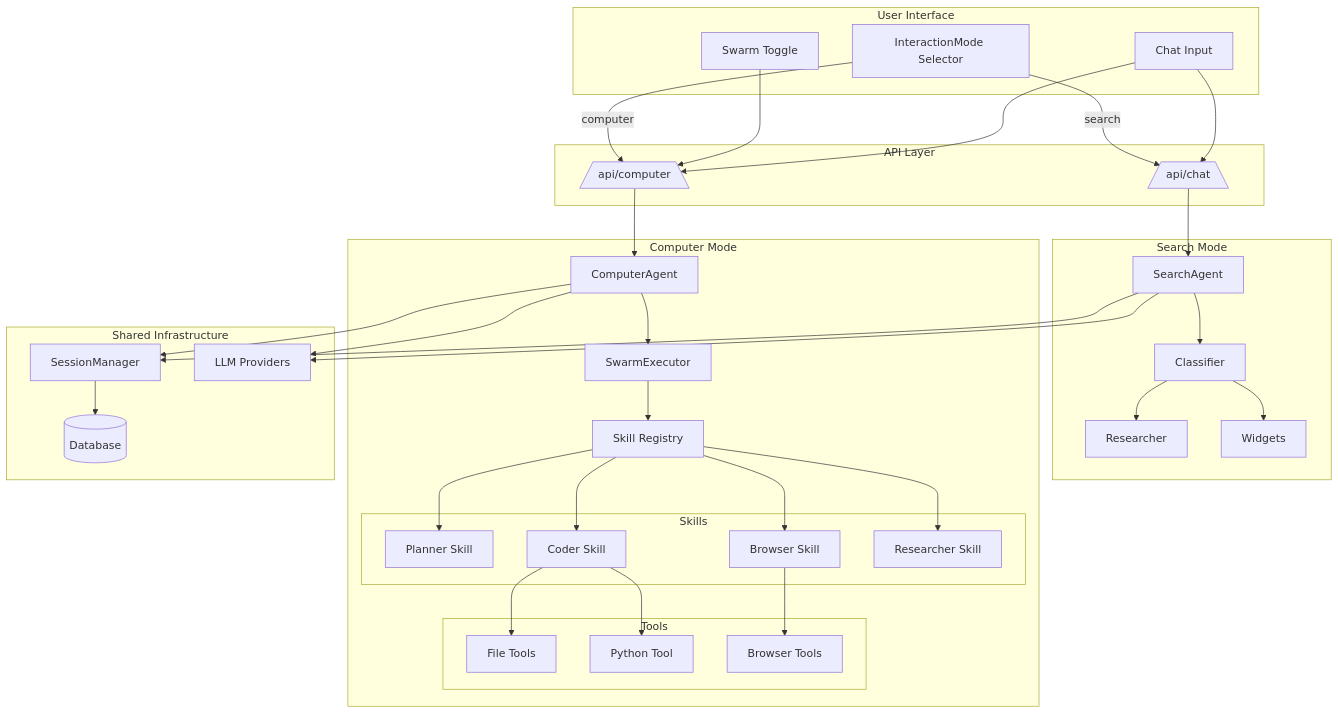
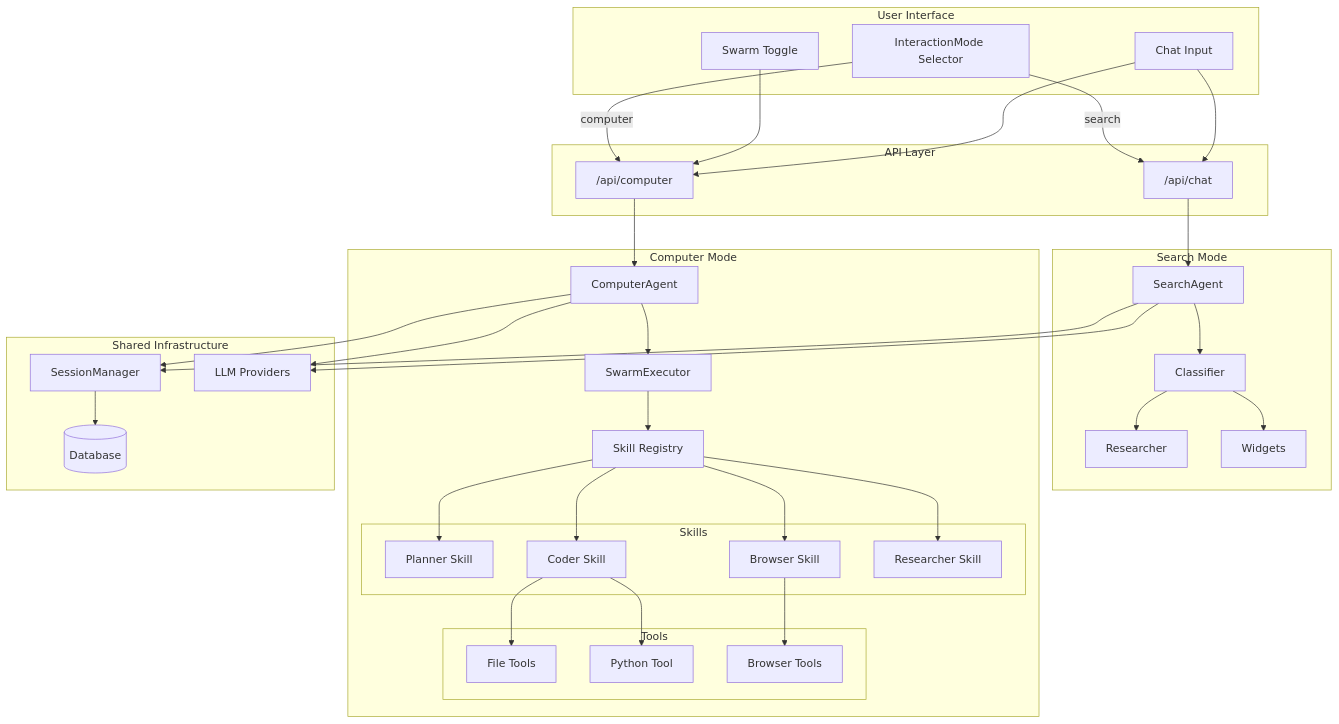
The first of 2 diagrams in plan.md (AngelP17/Perplexica), drawn with Mermaid before and after one commit. The commit also changed other lines of this file and 58 other files, not shown here.

````diff
--- a/plan.md
+++ b/plan.md
@@ -37,74 +37,74 @@
 ```mermaid
 graph TB
     subgraph UserInterface["User Interface"]
         ModeSelector[InteractionMode Selector]
         SwarmToggle[Swarm Toggle]
         ChatInput[Chat Input]
     end
-    
+
     subgraph APILayer["API Layer"]
-        ChatAPI[/api/chat\]
-        ComputerAPI[/api/computer\]
+        ChatAPI["/api/chat"]
+        ComputerAPI["/api/computer"]
     end
-    
+
     subgraph SearchMode["Search Mode"]
         SearchAgent[SearchAgent]
         Classifier[Classifier]
         Researcher[Researcher]
         Widgets[Widgets]
     end
-    
+
     subgraph ComputerMode["Computer Mode"]
         ComputerAgent[ComputerAgent]
         SwarmExecutor[SwarmExecutor]
         SkillRegistry[Skill Registry]
-        
+
         subgraph Skills["Skills"]
             Planner[Planner Skill]
             Coder[Coder Skill]
             Browser[Browser Skill]
             ResearcherSkill[Researcher Skill]
         end
-        
+
         subgraph Tools["Tools"]
             FileTools[File Tools]
             PythonTool[Python Tool]
             BrowserTools[Browser Tools]
         end
     end
-    
+
     subgraph Shared["Shared Infrastructure"]
         SessionManager[SessionManager]
         Database[(Database)]
         LLM[LLM Providers]
     end
-    
+
     ModeSelector -->|search| ChatAPI
     ModeSelector -->|computer| ComputerAPI
     SwarmToggle --> ComputerAPI
     ChatInput --> ChatAPI
     ChatInput --> ComputerAPI
-    
+
     ChatAPI --> SearchAgent
     SearchAgent --> Classifier
     Classifier --> Researcher
     Classifier --> Widgets
-    
+
     ComputerAPI --> ComputerAgent
     ComputerAgent --> SwarmExecutor
     SwarmExecutor --> SkillRegistry
     SkillRegistry --> Planner
     SkillRegistry --> Coder
     SkillRegistry --> Browser
     SkillRegistry --> ResearcherSkill
-    
+
     Coder --> FileTools
     Coder --> PythonTool
     Browser --> BrowserTools
-    
+
     SearchAgent --> SessionManager
     ComputerAgent --> SessionManager
     SessionManager --> Database
     SearchAgent --> LLM
     ComputerAgent --> LLM
 ```
````
